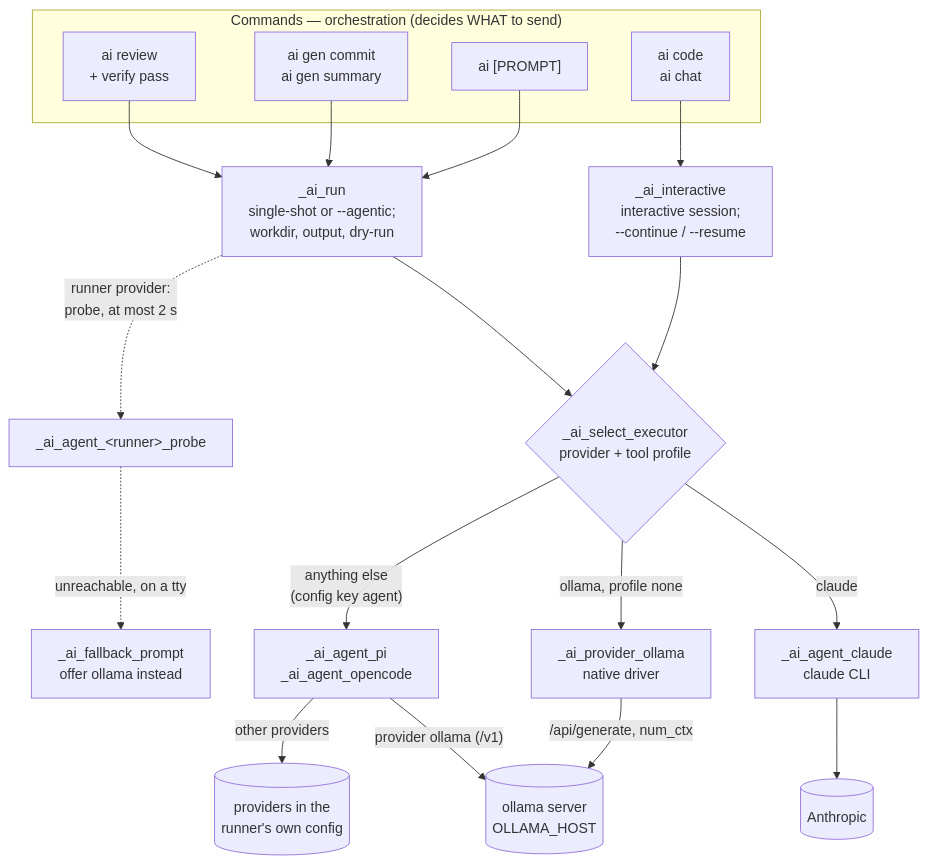
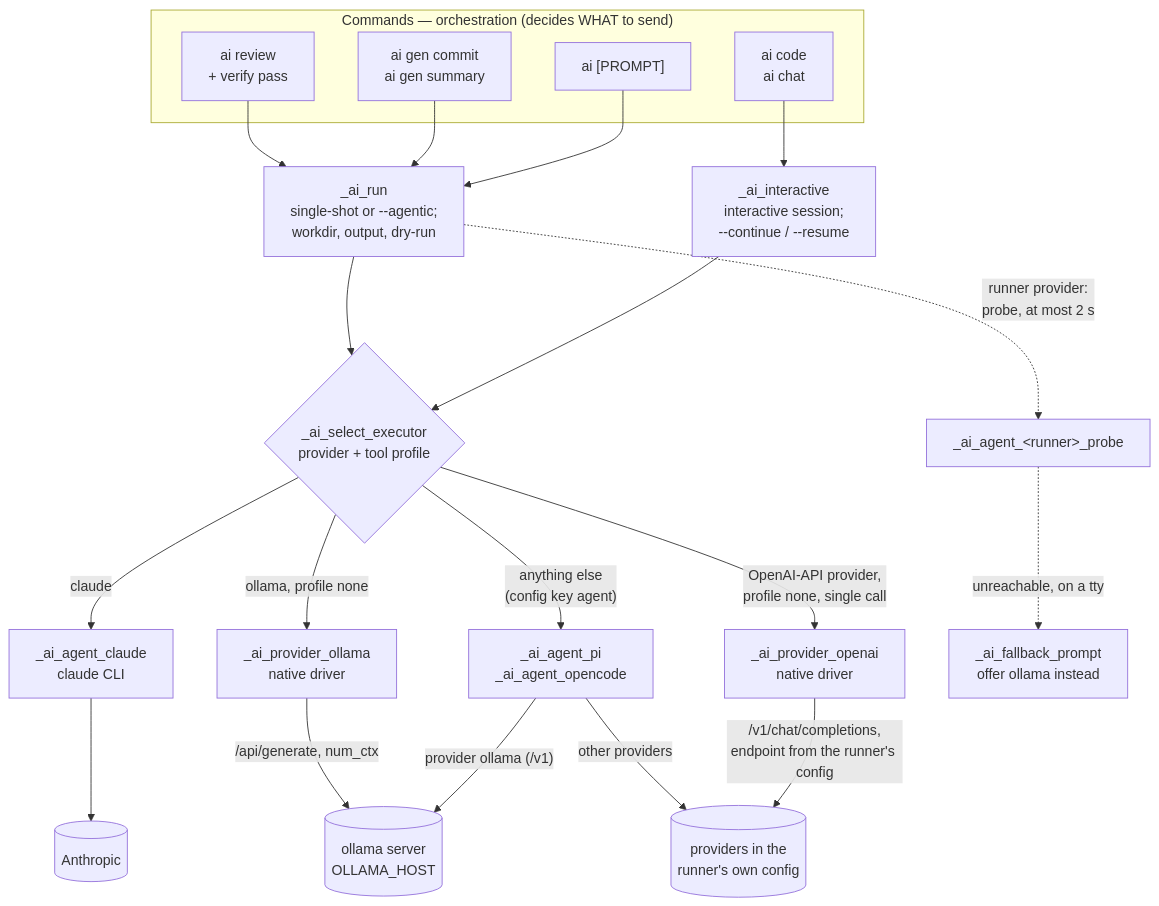
One commit to alnovis/dotfiles-mac changed the diagram in docs/fish/ai/architecture.md. Above: the diagram before and after it, drawn with Mermaid. The commit also changed other lines of this file and 18 other files, not shown here.

````diff
--- a/docs/fish/ai/architecture.md
+++ b/docs/fish/ai/architecture.md
@@ -28,32 +28,34 @@
 ```mermaid
 flowchart TD
     subgraph ORCH["Commands — orchestration (decides WHAT to send)"]
         review["ai review<br/>+ verify pass"]
         gen["ai gen commit<br/>ai gen summary"]
         top["ai [PROMPT]"]
         inter["ai code<br/>ai chat"]
     end
 
     run["_ai_run<br/>single-shot or --agentic;<br/>workdir, output, dry-run"]
     interactive["_ai_interactive<br/>interactive session;<br/>--continue / --resume"]
     sel{"_ai_select_executor<br/>provider + tool profile"}
 
     review --> run
     gen --> run
     top --> run
     inter --> interactive
     run --> sel
     interactive --> sel
 
     sel -->|"claude"| claude["_ai_agent_claude<br/>claude CLI"]
     sel -->|"ollama, profile none"| native["_ai_provider_ollama<br/>native driver"]
+    sel -->|"OpenAI-API provider,<br/>profile none, single call"| openai["_ai_provider_openai<br/>native driver"]
     sel -->|"anything else<br/>(config key agent)"| runner["_ai_agent_pi<br/>_ai_agent_opencode"]
 
     run -.->|"runner provider:<br/>probe, at most 2 s"| probe["_ai_agent_&lt;runner&gt;_probe"]
     probe -.->|"unreachable, on a tty"| fallback["_ai_fallback_prompt<br/>offer ollama instead"]
 
     native -->|"/api/generate, num_ctx"| ollama[("ollama server<br/>OLLAMA_HOST")]
     runner -->|"provider ollama (/v1)"| ollama
     runner -->|"other providers"| cloud[("providers in the<br/>runner's own config")]
+    openai -->|"/v1/chat/completions,<br/>endpoint from the runner's config"| cloud
     claude --> anthropic[("Anthropic")]
 ```
````
